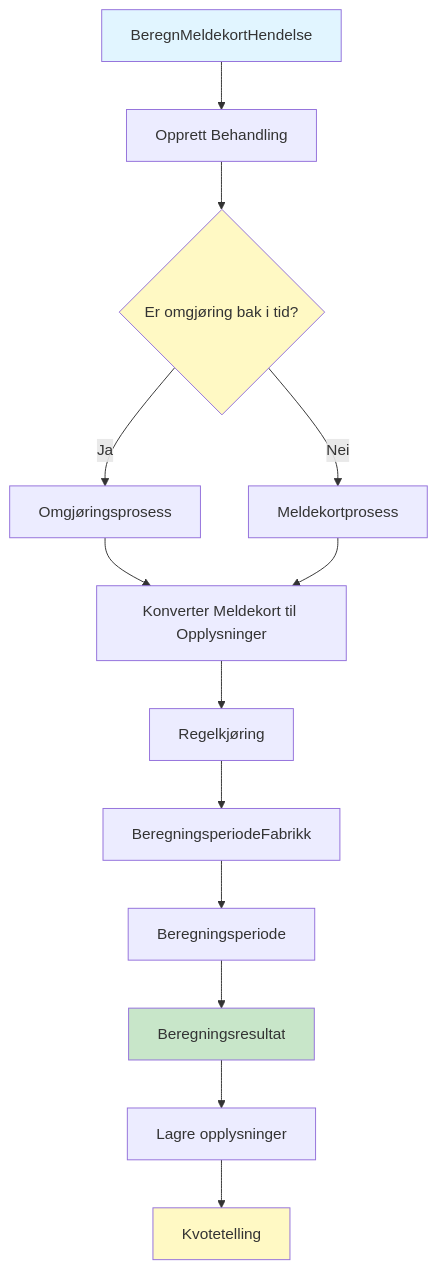
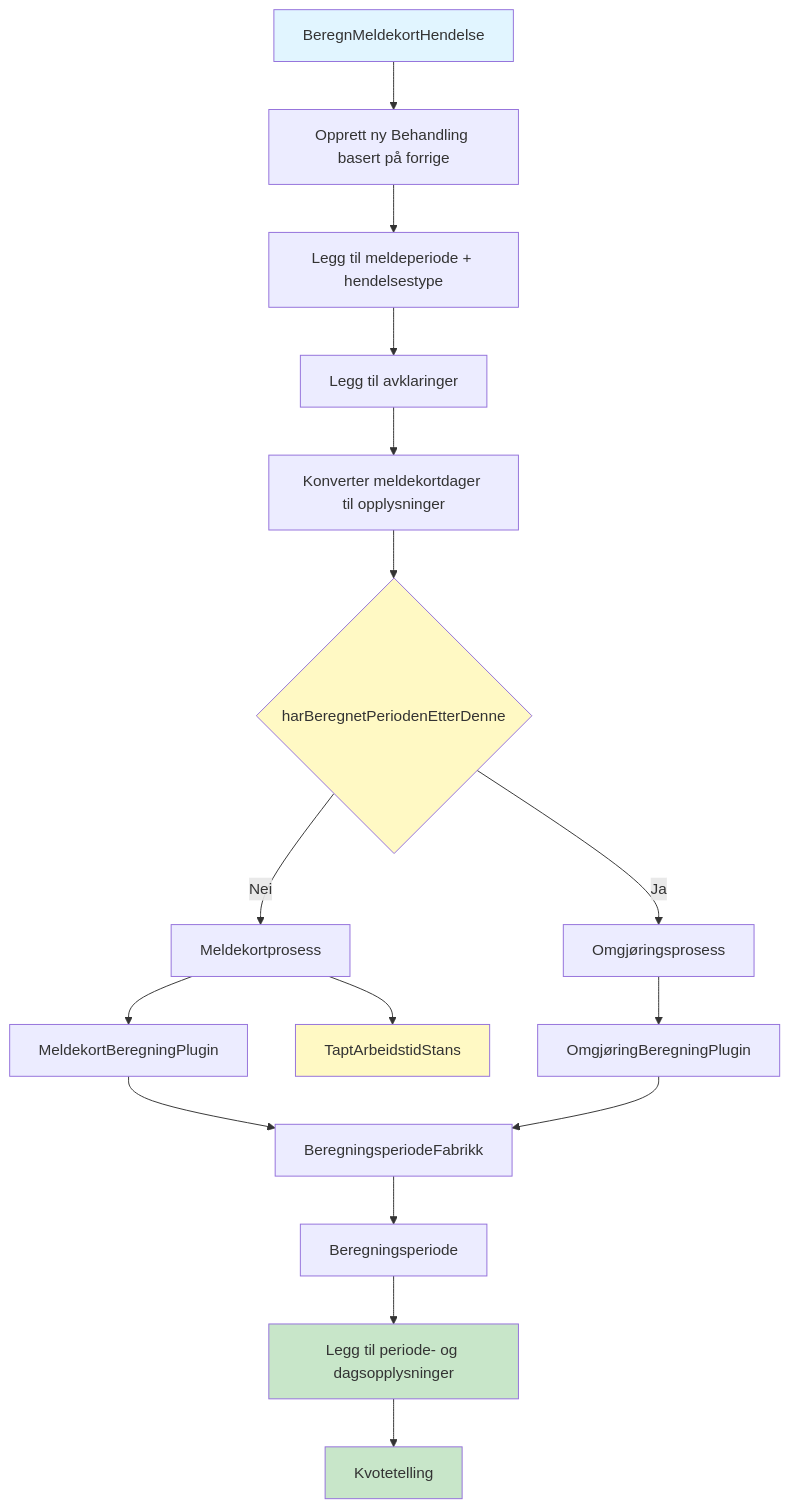
The first of 5 diagrams in docs/beregning-meldekort-flyt.md (navikt/dp-behandling), drawn with Mermaid before and after one commit. The commit also changed other lines of this file, not shown here.

Commit message:
Oppdaterer dokumentasjon om meldeperiode-flyt.

````diff
--- a/docs/beregning-meldekort-flyt.md
+++ b/docs/beregning-meldekort-flyt.md
@@ -19,20 +19,24 @@
 ```mermaid
-graph TB
-    A[BeregnMeldekortHendelse] --> B[Opprett Behandling]
-    B --> B1{Er omgjøring bak i tid?}
-    B1 -->|Ja| B2[Omgjøringsprosess]
-    B1 -->|Nei| B3[Meldekortprosess]
-    B2 --> C[Konverter Meldekort til Opplysninger]
-    B3 --> C
-    C --> D[Regelkjøring]
-    D --> E[BeregningsperiodeFabrikk]
-    E --> F[Beregningsperiode]
-    F --> G[Beregningsresultat]
-    G --> H[Lagre opplysninger]
-    H --> I[Kvotetelling]
-    
+flowchart TD
+    A[BeregnMeldekortHendelse] --> B[Opprett ny Behandling basert på forrige]
+    B --> C[Legg til meldeperiode + hendelsestype]
+    C --> D[Legg til avklaringer]
+    D --> E[Konverter meldekortdager til opplysninger]
+    E --> F{harBeregnetPeriodenEtterDenne}
+    F -->|Nei| G[Meldekortprosess]
+    F -->|Ja| H[Omgjøringsprosess]
+    G --> I[MeldekortBeregningPlugin]
+    H --> J[OmgjøringBeregningPlugin]
+    I --> K[BeregningsperiodeFabrikk]
+    J --> K
+    K --> L[Beregningsperiode]
+    L --> M[Legg til periode- og dagsopplysninger]
+    M --> N[Kvotetelling]
+    G --> O[TaptArbeidstidStans]
+
     style A fill:#e1f5ff
-    style G fill:#c8e6c9
-    style I fill:#fff9c4
-    style B1 fill:#fff9c4
+    style M fill:#c8e6c9
+    style N fill:#c8e6c9
+    style F fill:#fff9c4
+    style O fill:#fff9c4
 ```
````
